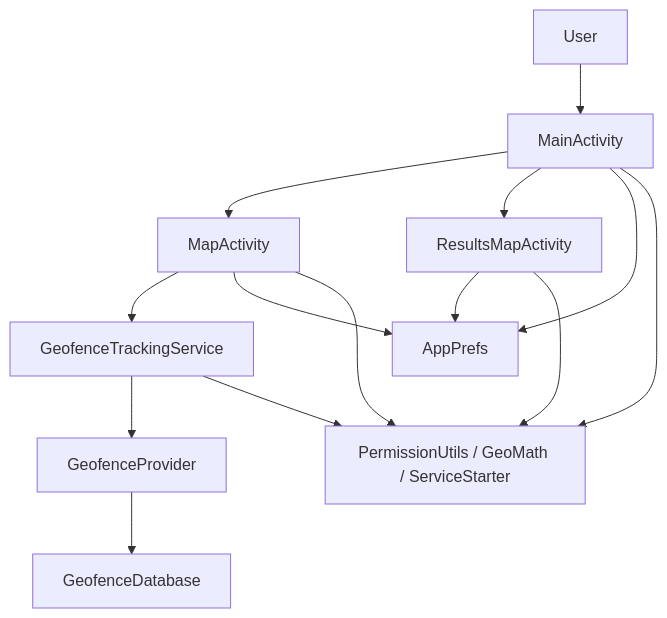
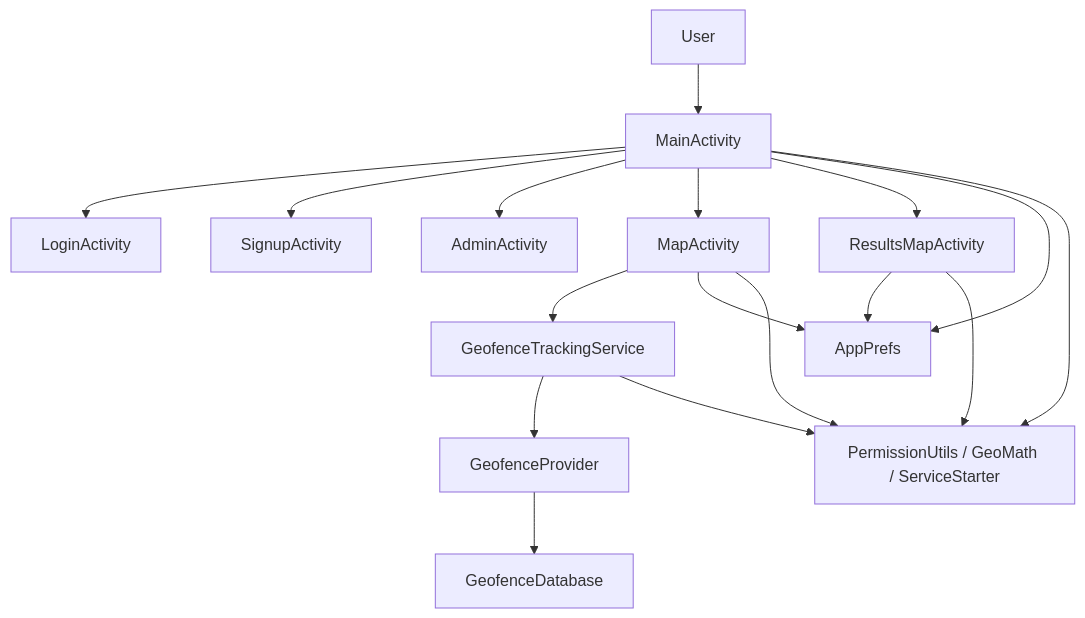
Before and after one commit to ElvisToska/Geofence_Tracker: the first of 8 diagrams in README/PROJECT_SUBMISSION.md, drawn with Mermaid. The commit also changed other lines of this file and 3 other files, not shown here.

````diff
--- a/README/PROJECT_SUBMISSION.md
+++ b/README/PROJECT_SUBMISSION.md
@@ -56,26 +56,29 @@
 ```mermaid
 flowchart TB
     User["User"]
     Main["MainActivity"]
     Map["MapActivity"]
     Results["ResultsMapActivity"]
     Service["GeofenceTrackingService"]
     Provider["GeofenceProvider"]
     Db["GeofenceDatabase"]
     Prefs["AppPrefs"]
     Utils["PermissionUtils / GeoMath / ServiceStarter"]
 
     User --> Main
+    Main --> Login["LoginActivity"]
+    Main --> Signup["SignupActivity"]
+    Main --> Admin["AdminActivity"]
     Main --> Map
     Main --> Results
     Map --> Service
     Service --> Provider
     Provider --> Db
     Main --> Prefs
     Map --> Prefs
     Results --> Prefs
     Main --> Utils
     Map --> Utils
     Results --> Utils
     Service --> Utils
 ```
````
